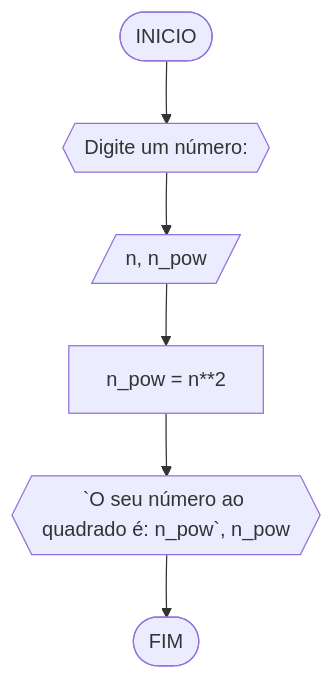
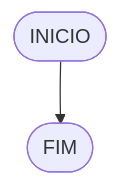
The fifth of 5 diagrams in RLA/unidade1/lista2.md (AlissonFT2/unifor), drawn with Mermaid before and after one commit. The commit also changed other lines of this file, not shown here.

````diff
--- a/RLA/unidade1/lista2.md
+++ b/RLA/unidade1/lista2.md
@@ -151,11 +140,4 @@
 ```mermaid
 flowchart TD
-A([INICIO]) --> B{{Digite um número: }}
-B --> D[/n, n_pow/]
-D --> E["n_pow = n**2"]
-E --> F{{`O seu número ao quadrado é: n_pow`, n_pow}}
-F --> G([FIM]) 
-
-
-
+A([INICIO]) --> B([FIM])
 ```
````
